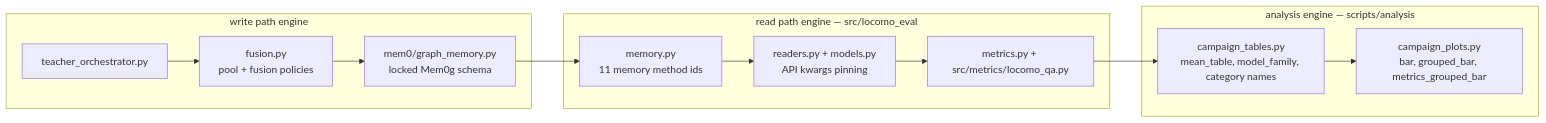
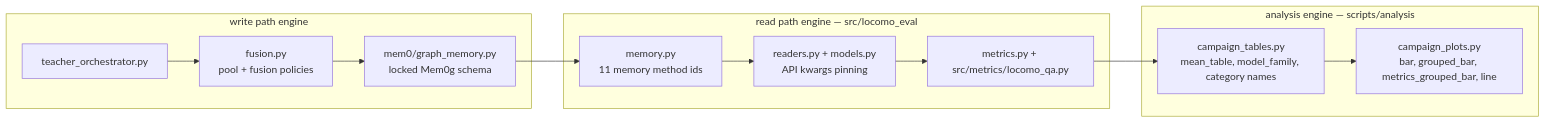
One commit to park-jsdev/long-term-memory-eval changed the third of 12 diagrams in README.md. Above: the diagram before and after it, drawn with Mermaid. The commit also changed 10 other files, not shown here.

````diff
--- a/README.md
+++ b/README.md
@@ -168,23 +168,23 @@
 ```mermaid
 flowchart LR
   subgraph Read["read path engine — src/locomo_eval"]
     MEM["memory.py<br/>11 memory method ids"]
     RD["readers.py + models.py<br/>API kwargs pinning"]
     SC["metrics.py + src/metrics/locomo_qa.py"]
   end
 
   subgraph Write["write path engine"]
     TO["teacher_orchestrator.py"]
     FU["fusion.py<br/>pool + fusion policies"]
     GM["mem0/graph_memory.py<br/>locked Mem0g schema"]
   end
 
   subgraph Analyse["analysis engine — scripts/analysis"]
     CT["campaign_tables.py<br/>mean_table, model_family, category names"]
-    CP["campaign_plots.py<br/>bar, grouped_bar, metrics_grouped_bar"]
+    CP["campaign_plots.py<br/>bar, grouped_bar, metrics_grouped_bar, line"]
   end
 
   TO --> FU --> GM --> MEM
   MEM --> RD --> SC
   SC --> CT --> CP
 ```
````
